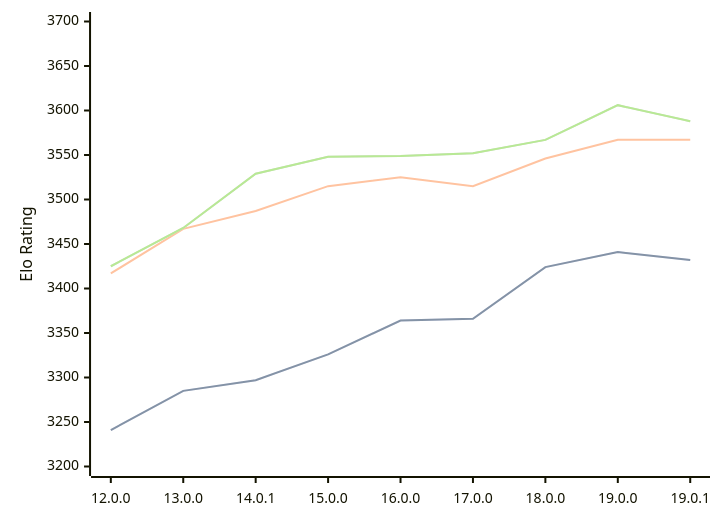
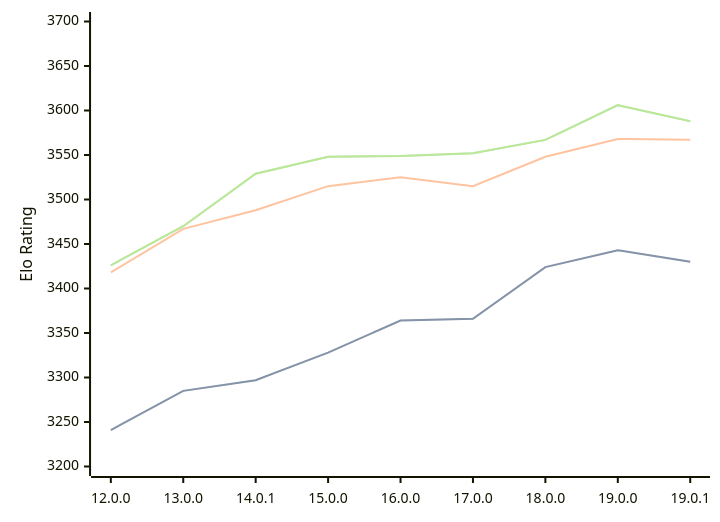
The diagram in engines/Viridithas.md (computer-chess-index/cci), drawn with Mermaid before and after one commit. The commit also changed other lines of this file, not shown here.

Commit message:
Update CCI Ratings (ELO VLTC) - 2026-02-18

````diff
--- a/engines/Viridithas.md
+++ b/engines/Viridithas.md
@@ -60,11 +60,11 @@
 ```mermaid
 %%{init: {"theme":"base","themeVariables":{"seriesColors:['#a3a3a3','#222221','#faa371']}}}%%
 xychart-beta
   x-axis ["12.0.0", "13.0.0", "14.0.1", "15.0.0", "16.0.0", "17.0.0", "18.0.0", "19.0.0", "19.0.1"]
   y-axis "Elo Rating" 3200 --> 3700
-  line "STC (8.0+0.08s)" [3241, 3285, 3297, 3326, 3364, 3366, 3424, 3441, 3432]
-  line "STC (8.0+0.08s)" [3241, 3285, 3297, 3326, 3364, 3366, 3424, 3441, 3432]
-  line "LTC (60.0+0.60s)" [3417, 3467, 3487, 3515, 3525, 3515, 3546, 3567, 3567]
-  line "VLTC (2m24s+1.12s)" [3425, 3468, 3529, 3548, 3549, 3552, 3567, 3606, 3588]
-  line "VLTC (2m24s+1.12s)" [3425, 3468, 3529, 3548, 3549, 3552, 3567, 3606, 3588]
+  line "STC (8.0+0.08s)" [3241, 3285, 3297, 3328, 3364, 3366, 3424, 3443, 3430]
+  line "STC (8.0+0.08s)" [3241, 3285, 3297, 3328, 3364, 3366, 3424, 3443, 3430]
+  line "LTC (60.0+0.60s)" [3418, 3467, 3488, 3515, 3525, 3515, 3548, 3568, 3567]
+  line "VLTC (2m24s+1.12s)" [3426, 3470, 3529, 3548, 3549, 3552, 3567, 3606, 3588]
+  line "VLTC (2m24s+1.12s)" [3426, 3470, 3529, 3548, 3549, 3552, 3567, 3606, 3588]
 ```
````
